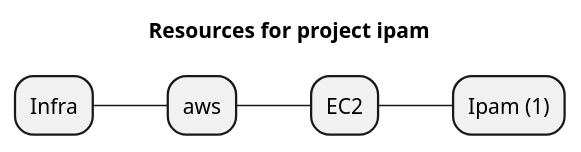
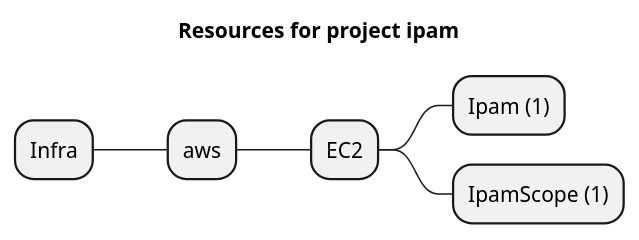
Before and after one commit to grucloud/grucloud: the diagram in examples/aws/EC2/ipam/artifacts/resources-mindmap.puml, drawn with PlantUML. The commit also changed 15 other files, not shown here.

```diff
--- a/examples/aws/EC2/ipam/artifacts/resources-mindmap.puml
+++ b/examples/aws/EC2/ipam/artifacts/resources-mindmap.puml
@@ -1,8 +1,9 @@
 @startmindmap
 title Resources for project ipam
 skinparam monochrome true
 + Infra
 ++ aws
 +++ EC2
 ++++ Ipam (1)
+++++ IpamScope (1)
 @endmindmap
```
